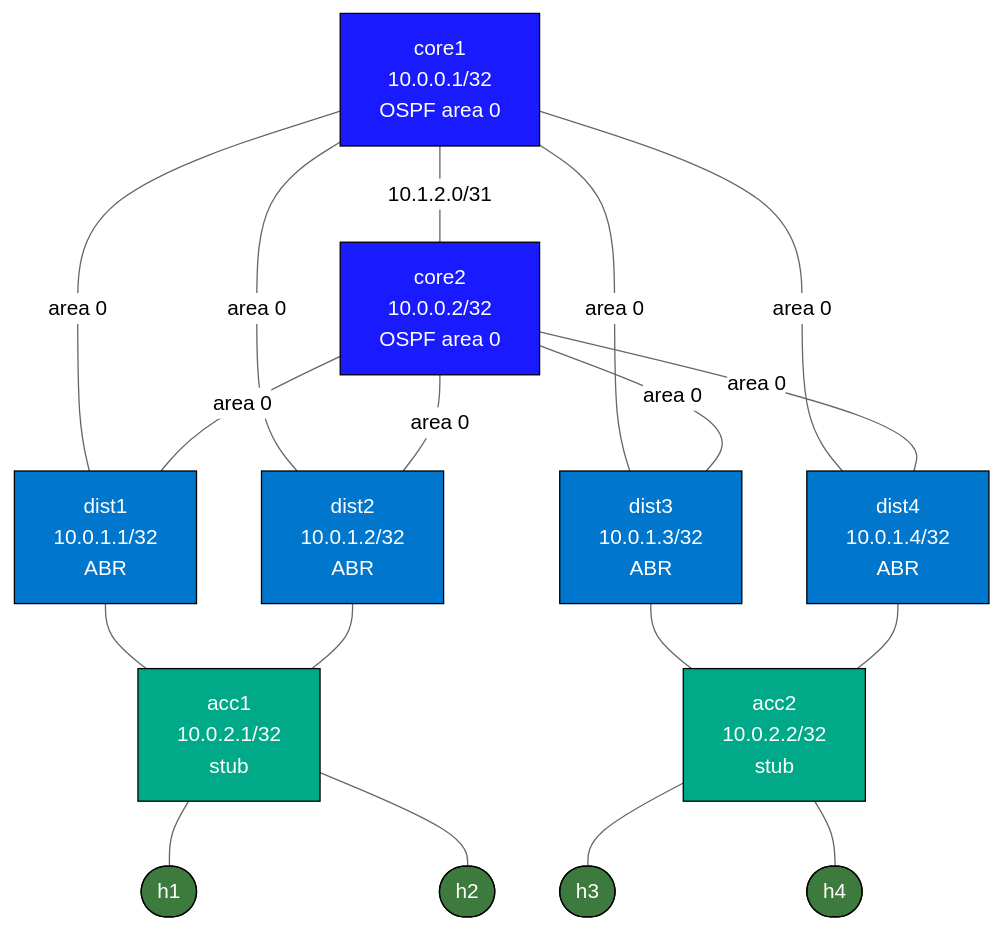
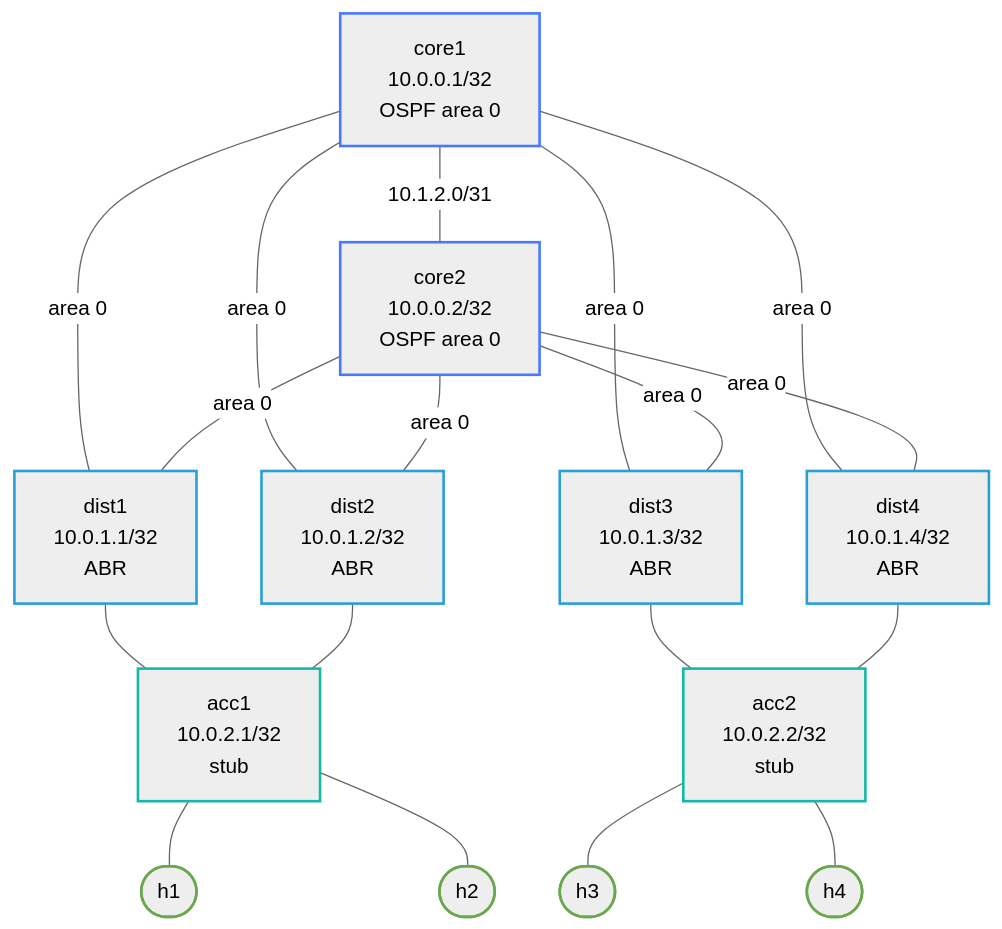
Before and after one commit to jschless/networkingLabs: the diagram in labs/enterprise-routed-access-capstone/README.md, drawn with Mermaid (neutral theme). The commit also changed 250 other files, not shown here.

Commit message:
Fix unreadable topology diagrams, convert ASCII art, publish assessments (#57)

````diff
--- a/labs/enterprise-routed-access-capstone/README.md
+++ b/labs/enterprise-routed-access-capstone/README.md
@@ -17,39 +17,39 @@
 ```mermaid
 flowchart TB
-    core1["core1\n10.0.0.1/32\nOSPF area 0"]
-    core2["core2\n10.0.0.2/32\nOSPF area 0"]
-    dist1["dist1\n10.0.1.1/32\nABR"]
-    dist2["dist2\n10.0.1.2/32\nABR"]
-    dist3["dist3\n10.0.1.3/32\nABR"]
-    dist4["dist4\n10.0.1.4/32\nABR"]
-    acc1["acc1\n10.0.2.1/32\nstub"]
-    acc2["acc2\n10.0.2.2/32\nstub"]
+    core1["core1<br/>10.0.0.1/32<br/>OSPF area 0"]
+    core2["core2<br/>10.0.0.2/32<br/>OSPF area 0"]
+    dist1["dist1<br/>10.0.1.1/32<br/>ABR"]
+    dist2["dist2<br/>10.0.1.2/32<br/>ABR"]
+    dist3["dist3<br/>10.0.1.3/32<br/>ABR"]
+    dist4["dist4<br/>10.0.1.4/32<br/>ABR"]
+    acc1["acc1<br/>10.0.2.1/32<br/>stub"]
+    acc2["acc2<br/>10.0.2.2/32<br/>stub"]
     h1(["h1"])
     h2(["h2"])
     h3(["h3"])
     h4(["h4"])
 
     core1 -- "10.1.2.0/31" --- core2
     core1 & core2 -- "area 0" --- dist1
     core1 & core2 -- "area 0" --- dist2
     core1 & core2 -- "area 0" --- dist3
     core1 & core2 -- "area 0" --- dist4
     dist1 --- acc1
     dist2 --- acc1
     dist3 --- acc2
     dist4 --- acc2
     acc1 --- h1
     acc1 --- h2
     acc2 --- h3
     acc2 --- h4
 
-    classDef core   fill:#1a1aff,color:#fff,stroke:#000
-    classDef dist   fill:#0077cc,color:#fff,stroke:#000
-    classDef access fill:#00aa88,color:#fff,stroke:#000
-    classDef host   fill:#3d7a3d,color:#fff,stroke:#000
+    classDef core stroke:#4778ff,stroke-width:2px
+    classDef dist stroke:#2a9fd6,stroke-width:2px
+    classDef access stroke:#14b8a6,stroke-width:2px
+    classDef host stroke:#6aa84f,stroke-width:2px
 
     class core1,core2 core
     class dist1,dist2,dist3,dist4 dist
     class acc1,acc2 access
     class h1,h2,h3,h4 host
 ```
````
